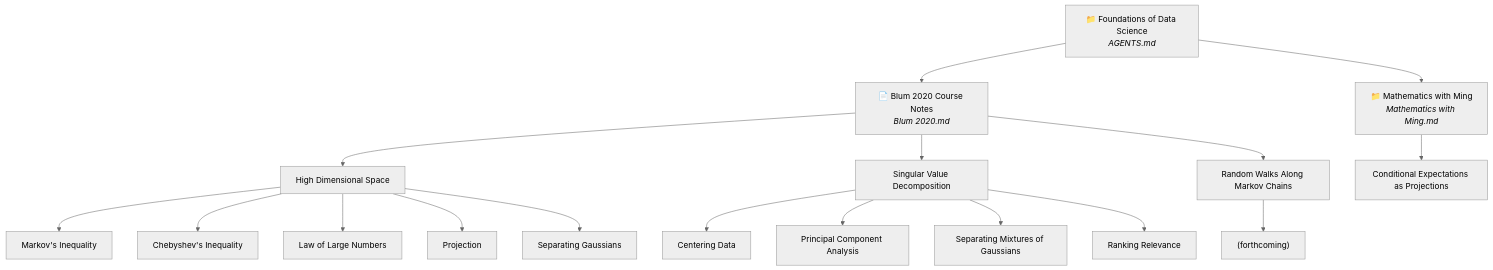
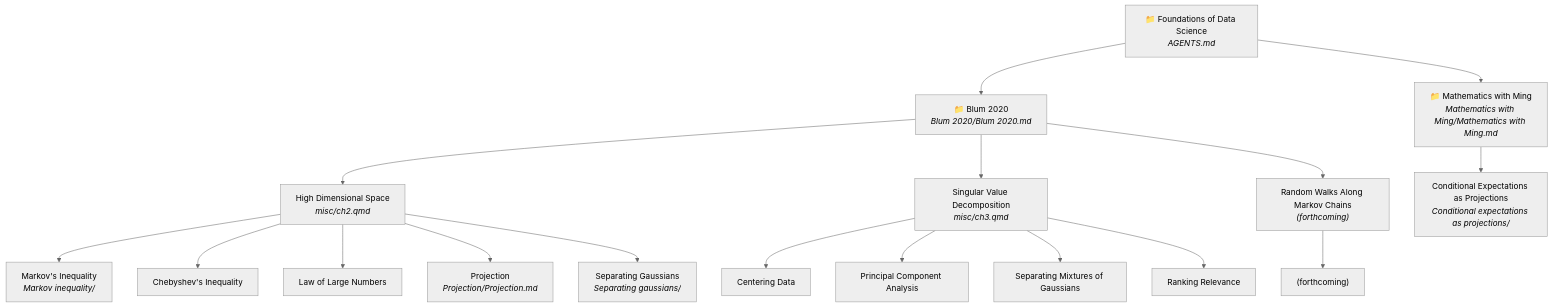
One commit to dkillian/FoundationsDataScience changed the diagram in project memory schematic/Project Map.md. Above: the diagram before and after it, drawn with Mermaid (neutral theme). The commit also changed 67 other files, not shown here.

````diff
--- a/project memory schematic/Project Map.md
+++ b/project memory schematic/Project Map.md
@@ -5,26 +5,26 @@
 ```mermaid
 graph TD
     ROOT["📁 Foundations of Data Science<br/><i>AGENTS.md</i>"]
 
-    ROOT --> BLUM["📄 Blum 2020 Course Notes<br/><i>Blum 2020.md</i>"]
-    ROOT --> MWM["📁 Mathematics with Ming<br/><i>Mathematics with Ming.md</i>"]
+    ROOT --> BLUM["📁 Blum 2020<br/><i>Blum 2020/Blum 2020.md</i>"]
+    ROOT --> MWM["📁 Mathematics with Ming<br/><i>Mathematics with Ming/Mathematics with Ming.md</i>"]
 
-    BLUM --> HDS["High Dimensional Space"]
-    BLUM --> SVD["Singular Value Decomposition"]
-    BLUM --> RW["Random Walks Along Markov Chains"]
+    BLUM --> HDS["High Dimensional Space<br/><i>misc/ch2.qmd</i>"]
+    BLUM --> SVD["Singular Value Decomposition<br/><i>misc/ch3.qmd</i>"]
+    BLUM --> RW["Random Walks Along Markov Chains<br/><i>(forthcoming)</i>"]
 
-    HDS --> MI["Markov's Inequality"]
+    HDS --> MI["Markov's Inequality<br/><i>Markov inequality/</i>"]
     HDS --> CI["Chebyshev's Inequality"]
     HDS --> LLN["Law of Large Numbers"]
-    HDS --> PROJ["Projection"]
-    HDS --> SG["Separating Gaussians"]
+    HDS --> PROJ["Projection<br/><i>Projection/Projection.md</i>"]
+    HDS --> SG["Separating Gaussians<br/><i>Separating gaussians/</i>"]
 
     SVD --> CD["Centering Data"]
     SVD --> PCA["Principal Component Analysis"]
     SVD --> SMG["Separating Mixtures of Gaussians"]
     SVD --> RR["Ranking Relevance"]
 
     RW --> RW1["(forthcoming)"]
 
-    MWM --> CEAP["Conditional Expectations as Projections"]
+    MWM --> CEAP["Conditional Expectations as Projections<br/><i>Conditional expectations as projections/</i>"]
 ```
````
